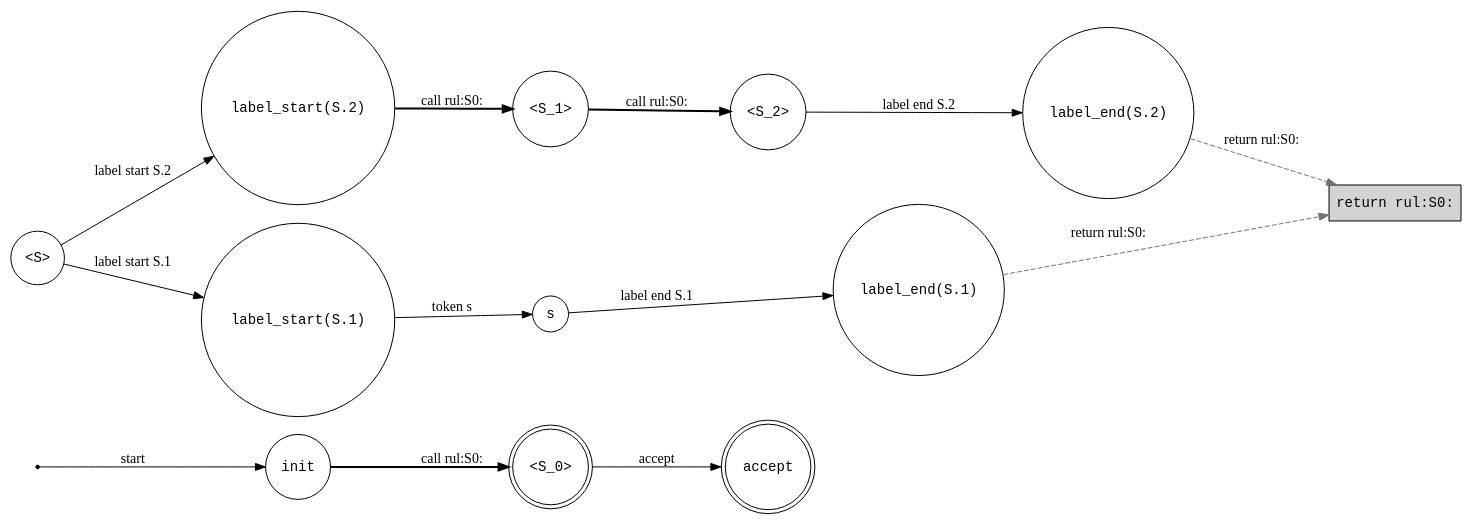
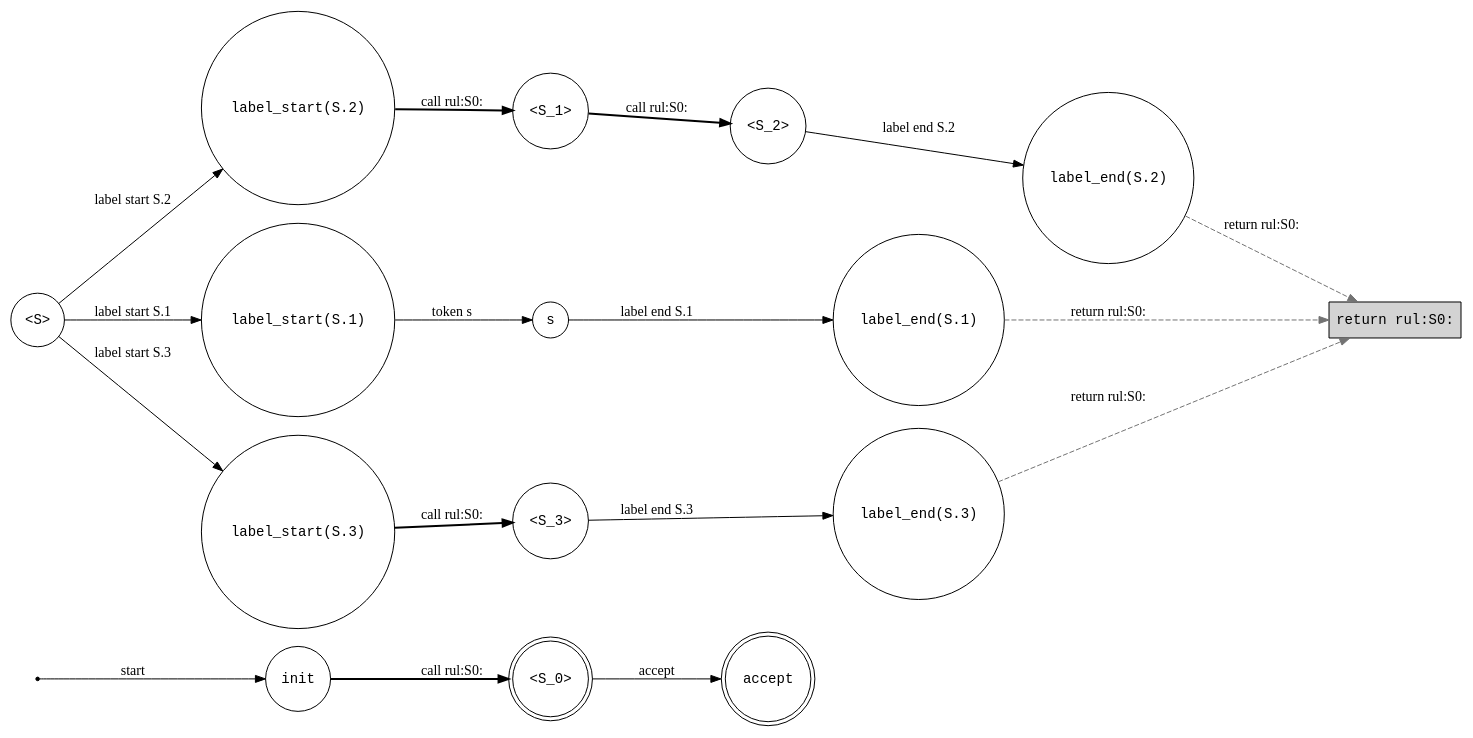
The diagram in state-machine.dot (water-mizuu/glush_dart), drawn with Graphviz before and after one commit. The commit also changed 18 other files, not shown here.

```diff
--- a/state-machine.dot
+++ b/state-machine.dot
@@ -1,29 +1,36 @@
 digraph StateMachine {
   rankdir=LR;
   node [fontname="Courier"];
   "__start__" [shape=point, label=""];
   "__accept__" [shape=doublecircle, label="accept"];
   "__return_rul:S0:__" [shape=box, label="return rul:S0:", style=filled, fillcolor=lightgray];
   "S0" [shape=circle, label="init"];
   "S1" [shape=doublecircle, label="<S_0>"];
   "S2" [shape=circle, label="<S>"];
   "S3" [shape=circle, label="label_start(S.2)"];
   "S4" [shape=circle, label="label_start(S.1)"];
-  "S5" [shape=circle, label="<S_1>"];
-  "S6" [shape=circle, label="<S_2>"];
-  "S7" [shape=circle, label="label_end(S.2)"];
-  "S8" [shape=circle, label="s"];
-  "S9" [shape=circle, label="label_end(S.1)"];
+  "S5" [shape=circle, label="label_start(S.3)"];
+  "S6" [shape=circle, label="<S_1>"];
+  "S7" [shape=circle, label="<S_2>"];
+  "S8" [shape=circle, label="label_end(S.2)"];
+  "S9" [shape=circle, label="s"];
+  "S10" [shape=circle, label="label_end(S.1)"];
+  "S11" [shape=circle, label="<S_3>"];
+  "S12" [shape=circle, label="label_end(S.3)"];
   "__start__" -> "S0" [label="start"];
   "S0" -> "S1" [label="call rul:S0:", style=bold];
   "S1" -> "__accept__" [label="accept"];
   "S2" -> "S3" [label="label start S.2"];
   "S2" -> "S4" [label="label start S.1"];
-  "S3" -> "S5" [label="call rul:S0:", style=bold];
-  "S4" -> "S8" [label="token s"];
-  "S5" -> "S6" [label="call rul:S0:", style=bold];
-  "S6" -> "S7" [label="label end S.2"];
-  "S7" -> "__return_rul:S0:__" [label="return rul:S0:", style=dashed, color=gray45];
-  "S8" -> "S9" [label="label end S.1"];
-  "S9" -> "__return_rul:S0:__" [label="return rul:S0:", style=dashed, color=gray45];
+  "S2" -> "S5" [label="label start S.3"];
+  "S3" -> "S6" [label="call rul:S0:", style=bold];
+  "S4" -> "S9" [label="token s"];
+  "S5" -> "S11" [label="call rul:S0:", style=bold];
+  "S6" -> "S7" [label="call rul:S0:", style=bold];
+  "S7" -> "S8" [label="label end S.2"];
+  "S8" -> "__return_rul:S0:__" [label="return rul:S0:", style=dashed, color=gray45];
+  "S9" -> "S10" [label="label end S.1"];
+  "S10" -> "__return_rul:S0:__" [label="return rul:S0:", style=dashed, color=gray45];
+  "S11" -> "S12" [label="label end S.3"];
+  "S12" -> "__return_rul:S0:__" [label="return rul:S0:", style=dashed, color=gray45];
 }
```
